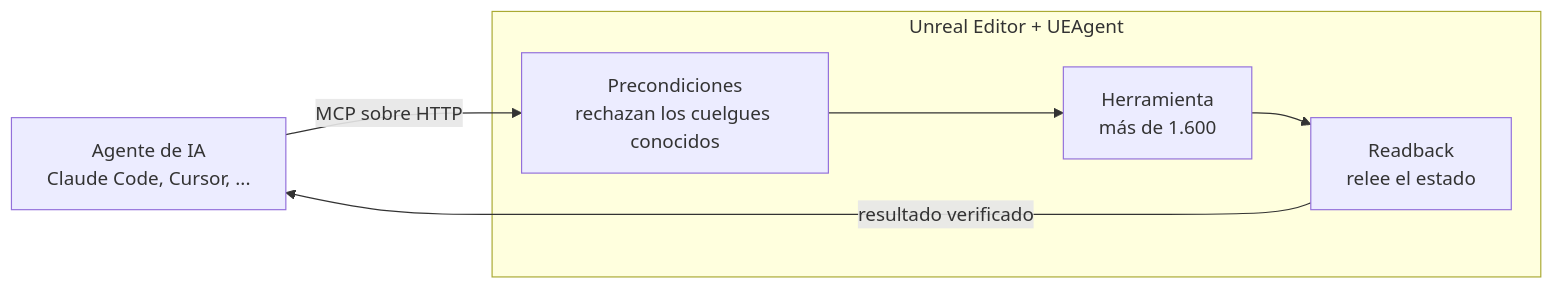
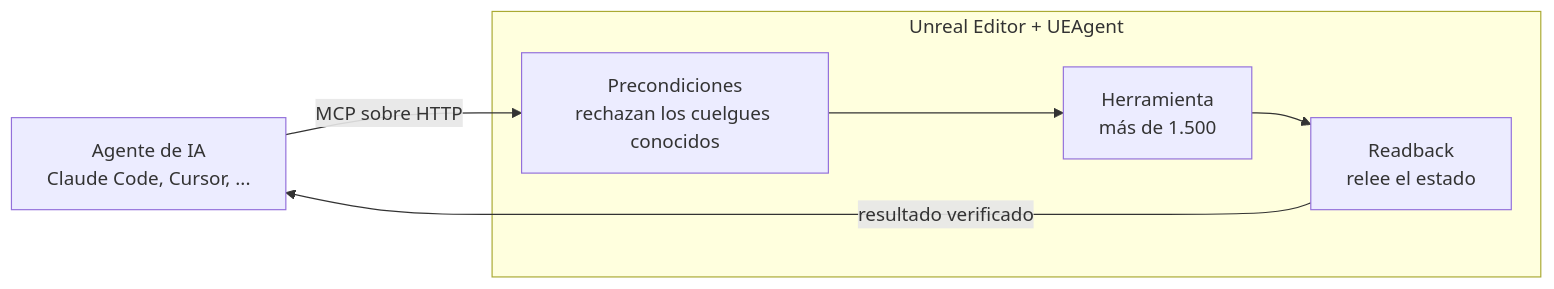
Before and after one commit to CarlxsMG/UEAgent: the diagram in README.es.md, drawn with Mermaid. The commit also changed other lines of this file and 130 other files, not shown here.

First line of the commit message:
UEAgent 2.5.0: a core tool list by default, one graph API, sub-object paths in the property tools

````diff
--- a/README.es.md
+++ b/README.es.md
@@ -54,8 +54,8 @@
 ```mermaid
 flowchart LR
     A["Agente de IA<br/>Claude Code, Cursor, ..."] -- "MCP sobre HTTP" --> P
     subgraph E["Unreal Editor + UEAgent"]
-        P["Precondiciones<br/>rechazan los cuelgues conocidos"] --> H["Herramienta<br/>más de 1.600"] --> R["Readback<br/>relee el estado"]
+        P["Precondiciones<br/>rechazan los cuelgues conocidos"] --> H["Herramienta<br/>más de 1.500"] --> R["Readback<br/>relee el estado"]
     end
     R -- "resultado verificado" --> A
 ```
````
